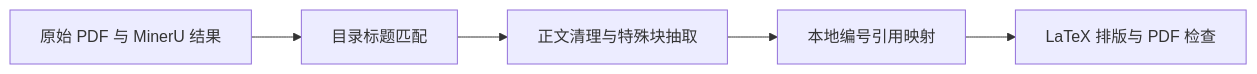
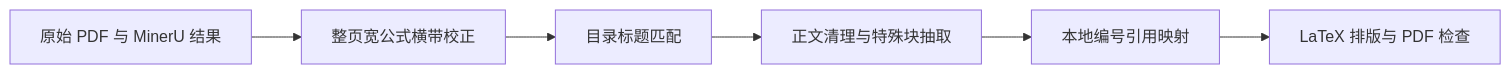
Before and after one commit to zhiyuan7/pdf-reforge: the diagram in README.md, drawn with Mermaid. The commit also changed other lines of this file and 23 other files, not shown here.

````diff
--- a/README.md
+++ b/README.md
@@ -11,7 +11,8 @@
 ```mermaid
 flowchart LR
-    A[原始 PDF 与 MinerU 结果] --> B[目录标题匹配]
+    A[原始 PDF 与 MinerU 结果] --> F[整页宽公式横带校正]
+    F --> B[目录标题匹配]
     B --> C[正文清理与特殊块抽取]
     C --> D[本地编号引用映射]
     D --> E[LaTeX 排版与 PDF 检查]
 ```
````
